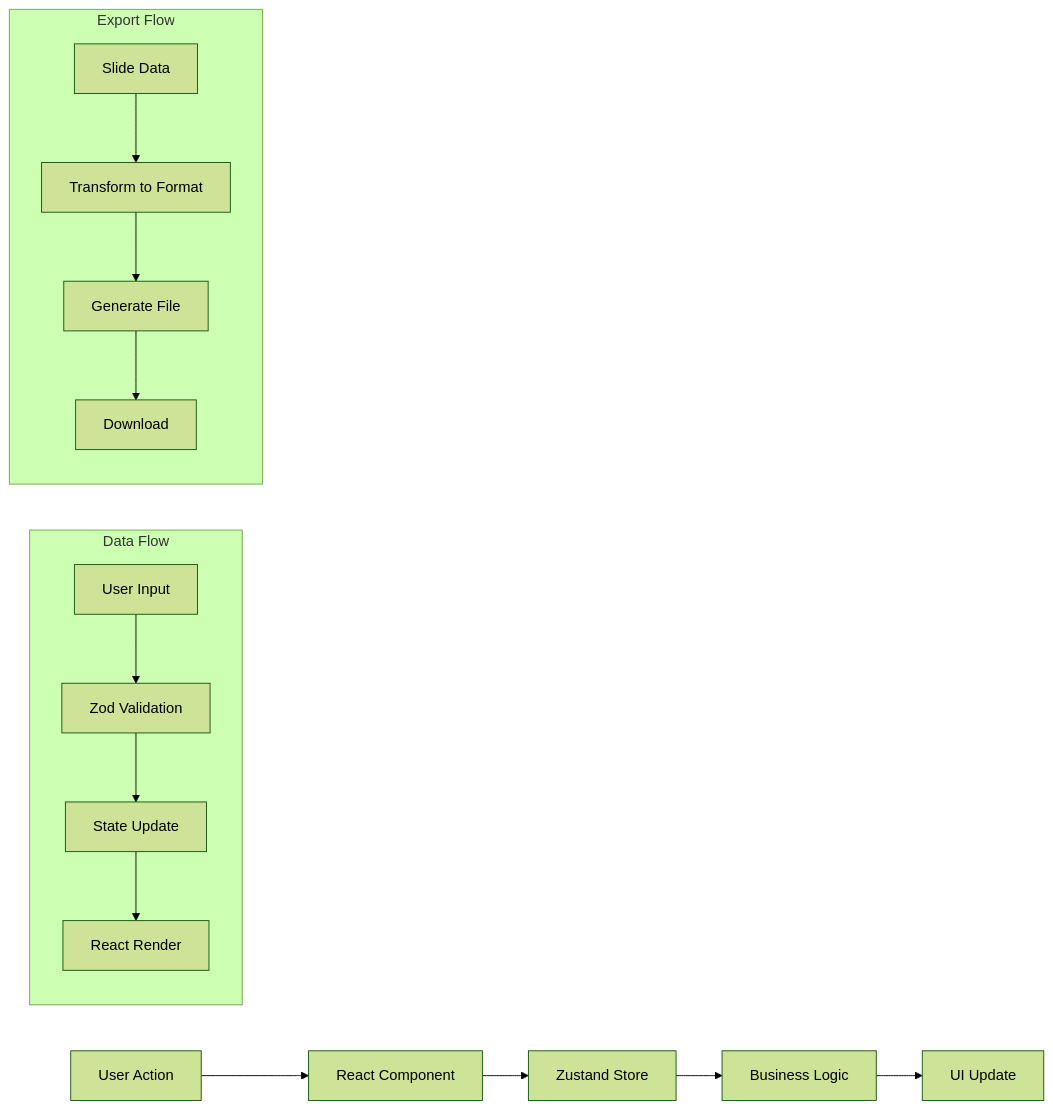
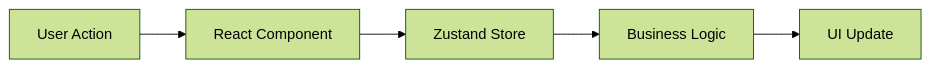
One commit to girishlade111/lade-slides-studio changed the second of 4 diagrams in README.md. Above: the diagram before and after it, drawn with Mermaid (forest theme). The commit also changed other lines of this file, not shown here.

Commit message:
docs: update README with detailed documentation and Mermaid diagrams

````diff
--- a/README.md
+++ b/README.md
@@ -116,21 +118,7 @@
 ```mermaid
 flowchart LR
     A[User Action] --> B[React Component]
     B --> C[Zustand Store]
     C --> D[Business Logic]
     D --> E[UI Update]
-    
-    subgraph DataFlow["Data Flow"]
-    direction TB
-    Input[User Input] --> Validate[Zod Validation]
-    Validate --> Update[State Update]
-    Update --> Render[React Render]
-    end
-    
-    subgraph ExportFlow["Export Flow"]
-    direction TB
-    Data[Slide Data] --> Transform[Transform to Format]
-    Transform --> Generate[Generate File]
-    Generate --> Download[Download]
-    end
 ```
````
